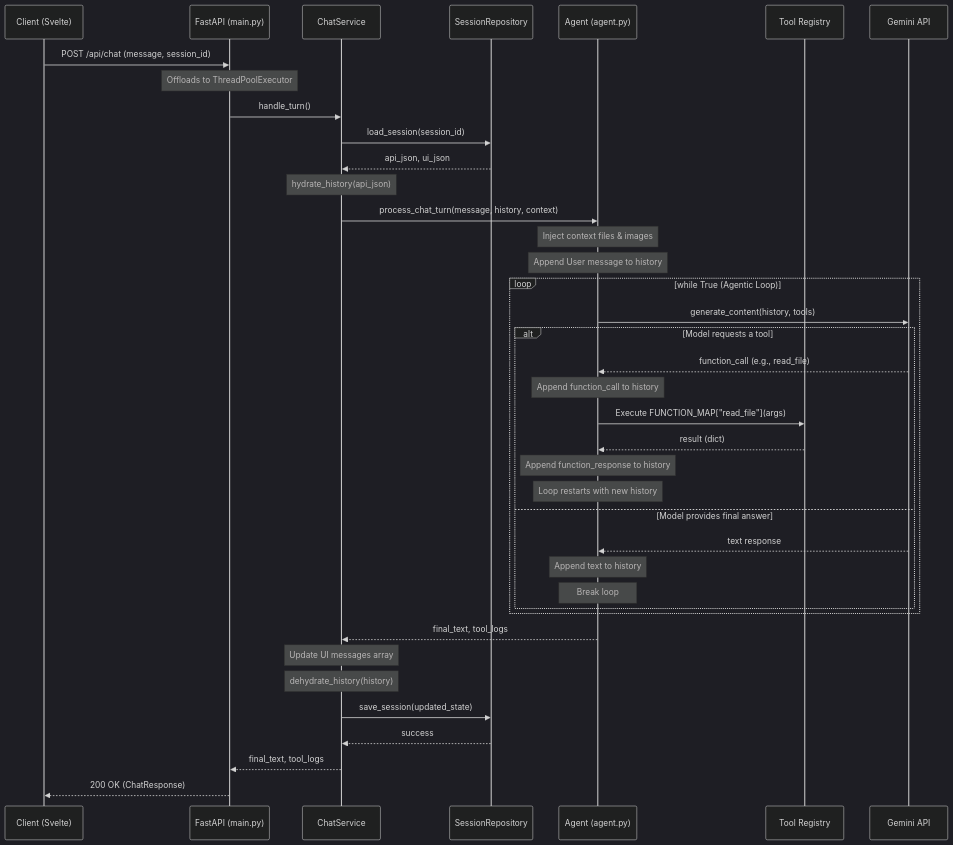
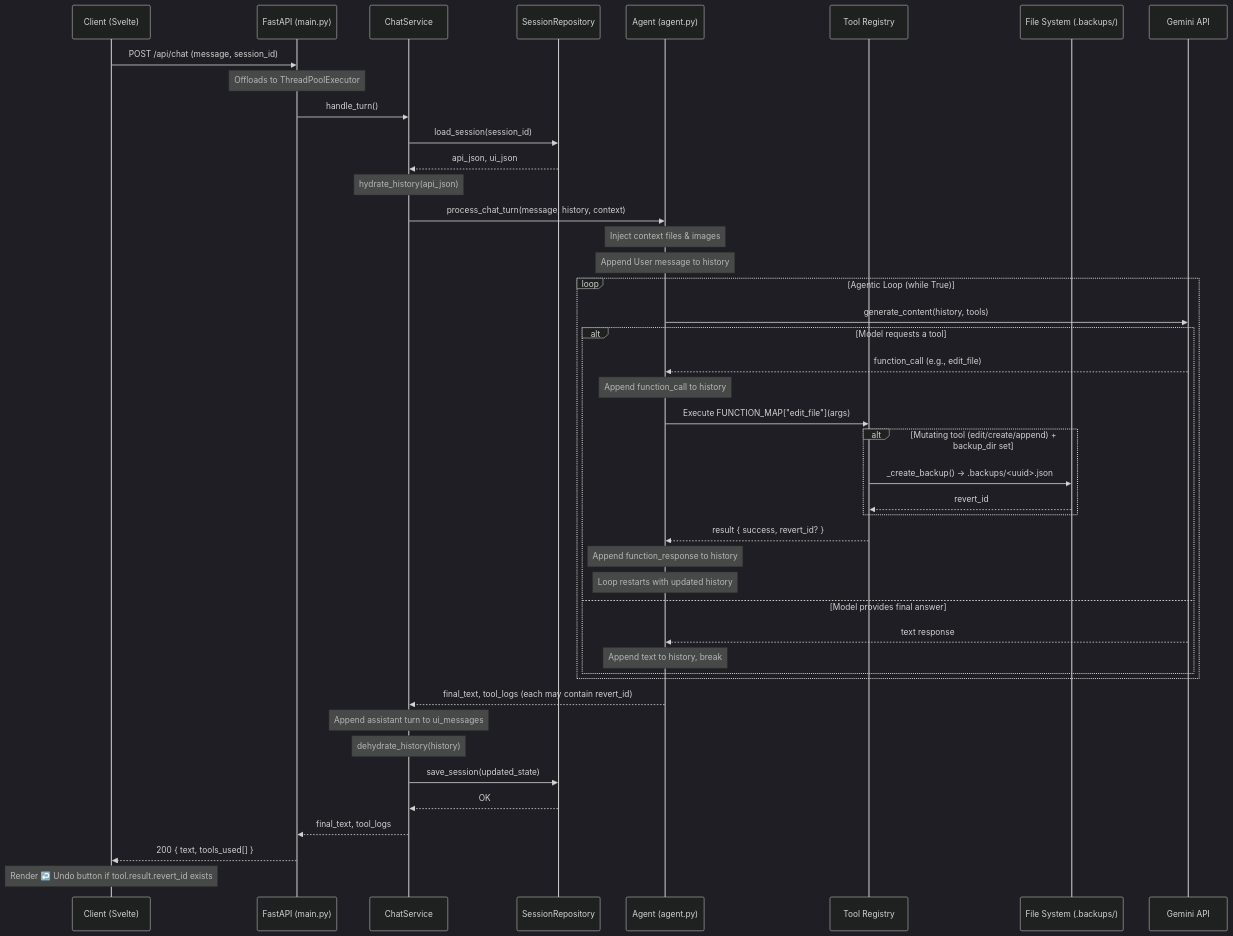
One commit to m1981/kuchnie changed the first of 3 diagrams in kitchen-agent/doc/architecture.md. Above: the diagram before and after it, drawn with Mermaid (dark theme). The commit also changed other lines of this file, not shown here.

Commit message:
Expand architecture doc with DB-backed undoable file operations

````diff
--- a/kitchen-agent/doc/architecture.md
+++ b/kitchen-agent/doc/architecture.md
@@ -172,54 +248,59 @@
 ```mermaid
 sequenceDiagram
     participant C as Client (Svelte)
     participant API as FastAPI (main.py)
     participant Svc as ChatService
     participant Repo as SessionRepository
     participant Agt as Agent (agent.py)
     participant Tool as Tool Registry
+    participant FS as File System (.backups/)
     participant LLM as Gemini API
 
     C->>API: POST /api/chat (message, session_id)
     Note over API: Offloads to ThreadPoolExecutor
     API->>Svc: handle_turn()
 
     Svc->>Repo: load_session(session_id)
     Repo-->>Svc: api_json, ui_json
     Note over Svc: hydrate_history(api_json)
 
     Svc->>Agt: process_chat_turn(message, history, context)
 
     Note over Agt: Inject context files & images
     Note over Agt: Append User message to history
 
-    loop while True (Agentic Loop)
+    loop Agentic Loop (while True)
         Agt->>LLM: generate_content(history, tools)
 
         alt Model requests a tool
-            LLM-->>Agt: function_call (e.g., read_file)
+            LLM-->>Agt: function_call (e.g., edit_file)
             Note over Agt: Append function_call to history
+            Agt->>Tool: Execute FUNCTION_MAP["edit_file"](args)
 
-            Agt->>Tool: Execute FUNCTION_MAP["read_file"](args)
-            Tool-->>Agt: result (dict)
+            alt Mutating tool (edit/create/append) + backup_dir set
+                Tool->>FS: _create_backup() → .backups/<uuid>.json
+                FS-->>Tool: revert_id
+            end
 
+            Tool-->>Agt: result { success, revert_id? }
             Note over Agt: Append function_response to history
-            Note over Agt: Loop restarts with new history
+            Note over Agt: Loop restarts with updated history
 
         else Model provides final answer
             LLM-->>Agt: text response
-            Note over Agt: Append text to history
-            Note over Agt: Break loop
+            Note over Agt: Append text to history, break
         end
     end
 
-    Agt-->>Svc: final_text, tool_logs
+    Agt-->>Svc: final_text, tool_logs (each may contain revert_id)
 
-    Note over Svc: Update UI messages array
+    Note over Svc: Append assistant turn to ui_messages
     Note over Svc: dehydrate_history(history)
 
     Svc->>Repo: save_session(updated_state)
-    Repo-->>Svc: success
+    Repo-->>Svc: OK
 
     Svc-->>API: final_text, tool_logs
-    API-->>C: 200 OK (ChatResponse)
+    API-->>C: 200 { text, tools_used[] }
+    Note over C: Render ↩️ Undo button if tool.result.revert_id exists
 ```
````
